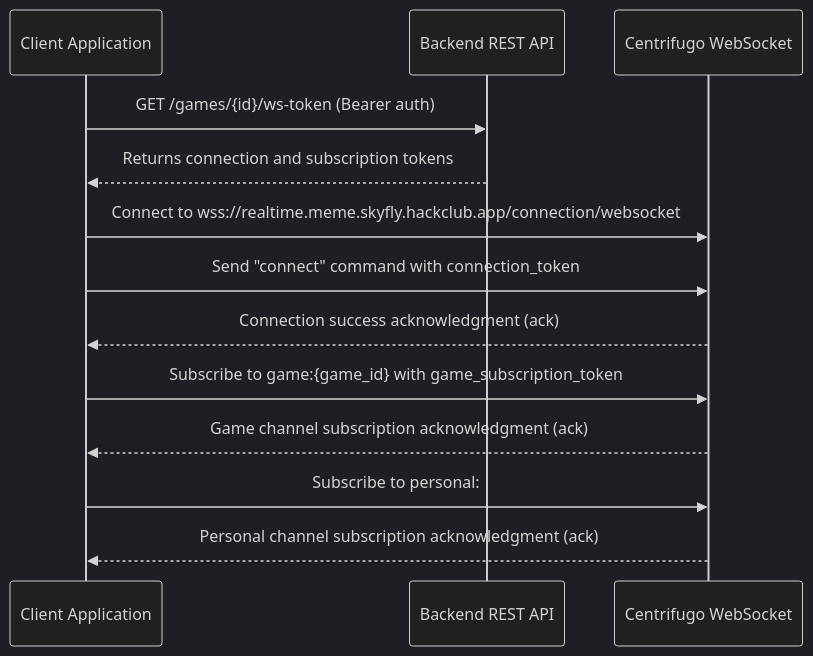
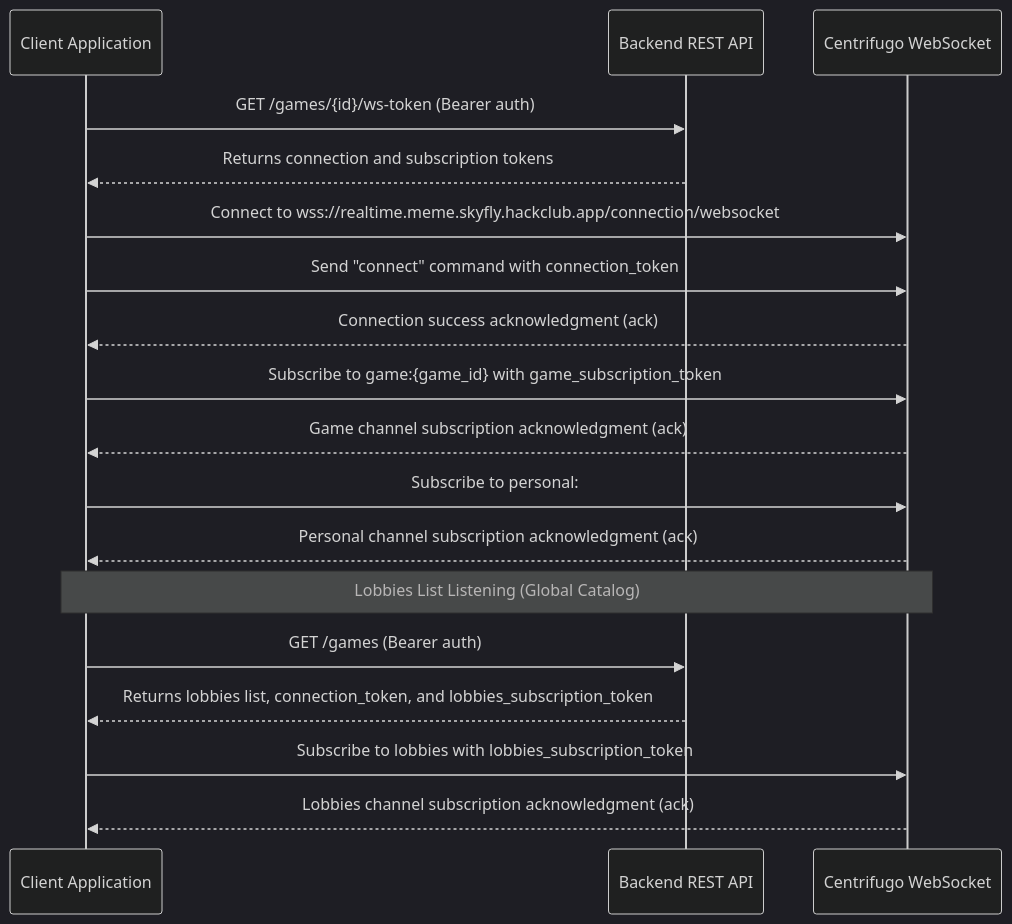
One commit to TerraSoftwareTeam/meme_battle_backend changed the diagram in docs/websockets_docs_en.md. Above: the diagram before and after it, drawn with Mermaid (dark theme). The commit also changed other lines of this file and 30 other files, not shown here.

````diff
--- a/docs/websockets_docs_en.md
+++ b/docs/websockets_docs_en.md
@@ -11,19 +11,25 @@
 ```mermaid
 sequenceDiagram
     participant Client as Client Application
     participant API as Backend REST API
     participant WS as Centrifugo WebSocket
     
     Client->>API: GET /games/{id}/ws-token (Bearer auth)
     API-->>Client: Returns connection and subscription tokens
     
     Client->>WS: Connect to wss://realtime.meme.skyfly.hackclub.app/connection/websocket
     Client->>WS: Send "connect" command with connection_token
     WS-->>Client: Connection success acknowledgment (ack)
     
     Client->>WS: Subscribe to game:{game_id} with game_subscription_token
     WS-->>Client: Game channel subscription acknowledgment (ack)
     
     Client->>WS: Subscribe to personal:#{user_id} with personal_subscription_token
     WS-->>Client: Personal channel subscription acknowledgment (ack)
+
+    Note over Client, WS: Lobbies List Listening (Global Catalog)
+    Client->>API: GET /games (Bearer auth)
+    API-->>Client: Returns lobbies list, connection_token, and lobbies_subscription_token
+    Client->>WS: Subscribe to lobbies with lobbies_subscription_token
+    WS-->>Client: Lobbies channel subscription acknowledgment (ack)
 ```
````
